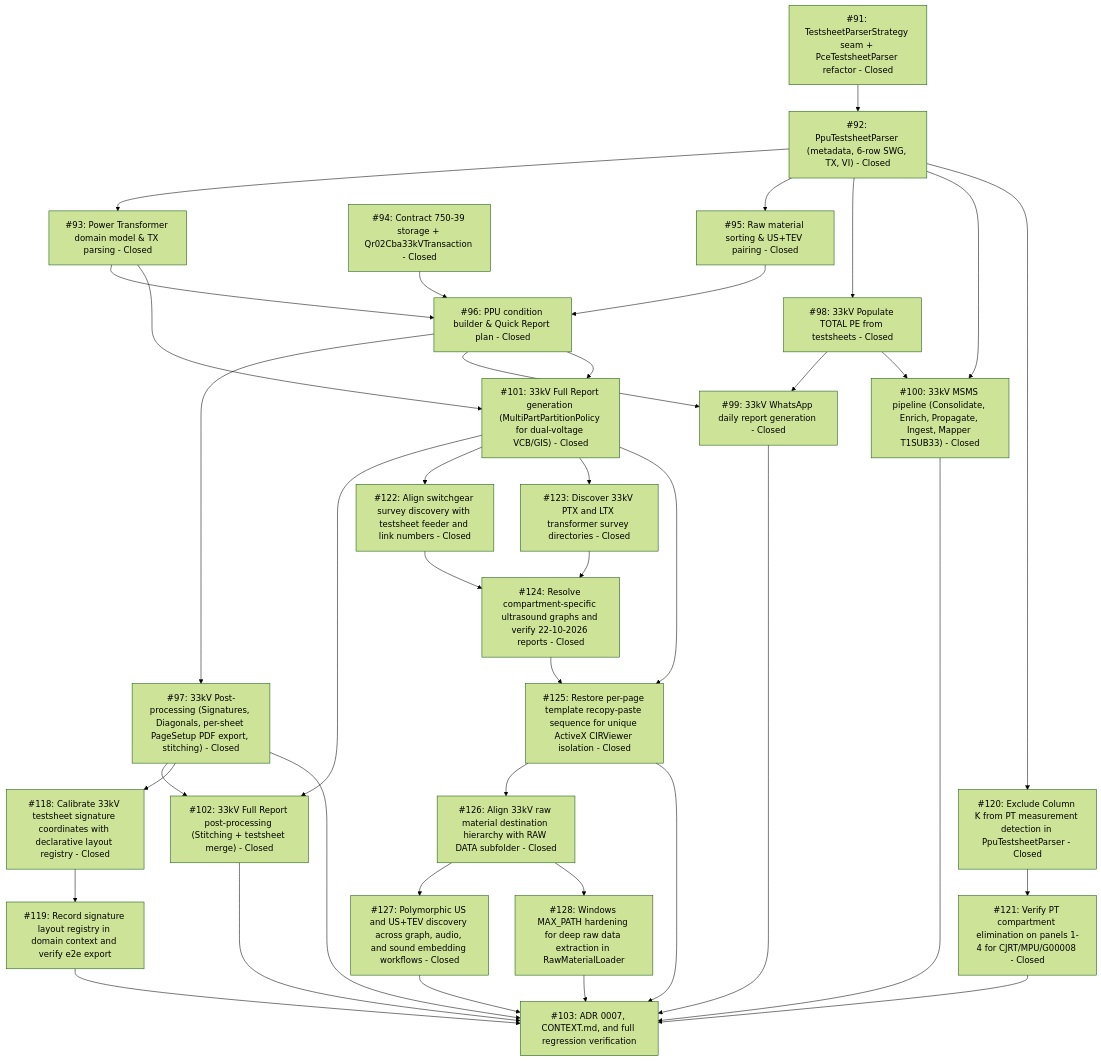
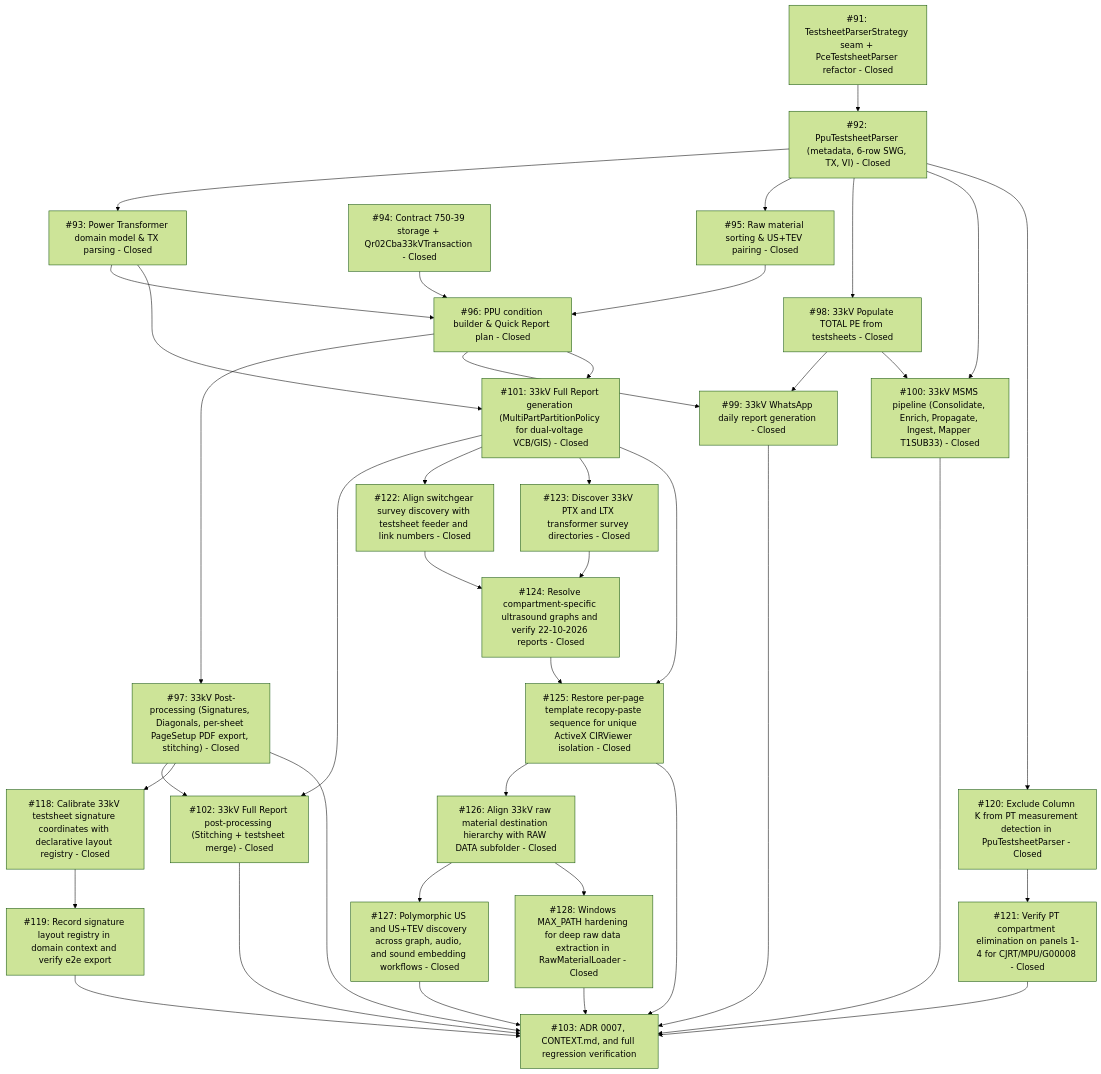
One commit to adamlarGit/pahang-cli changed the diagram in .wayfinder/33kv-system-workflow/map.md. Above: the diagram before and after it, drawn with Mermaid (forest theme). The commit also changed other lines of this file and 7 other files, not shown here.

First line of the commit message:
fix(filesystem): Windows MAX_PATH hardening for deep raw data extraction in RawMaterialLoader (#128)

````diff
--- a/.wayfinder/33kv-system-workflow/map.md
+++ b/.wayfinder/33kv-system-workflow/map.md
@@ -55,66 +55,66 @@
 ```mermaid
 graph TD
     T91["#91: TestsheetParserStrategy seam + PceTestsheetParser refactor - Closed"]
     T92["#92: PpuTestsheetParser (metadata, 6-row SWG, TX, VI) - Closed"]
     T93["#93: Power Transformer domain model & TX parsing - Closed"]
     T94["#94: Contract 750-39 storage + Qr02Cba33kVTransaction - Closed"]
     T95["#95: Raw material sorting & US+TEV pairing - Closed"]
     T96["#96: PPU condition builder & Quick Report plan - Closed"]
     T97["#97: 33kV Post-processing (Signatures, Diagonals, per-sheet PageSetup PDF export, stitching) - Closed"]
     T98["#98: 33kV Populate TOTAL PE from testsheets - Closed"]
     T99["#99: 33kV WhatsApp daily report generation - Closed"]
     T100["#100: 33kV MSMS pipeline (Consolidate, Enrich, Propagate, Ingest, Mapper T1SUB33) - Closed"]
     T101["#101: 33kV Full Report generation (MultiPartPartitionPolicy for dual-voltage VCB/GIS) - Closed"]
     T102["#102: 33kV Full Report post-processing (Stitching + testsheet merge) - Closed"]
     T118["#118: Calibrate 33kV testsheet signature coordinates with declarative layout registry - Closed"]
     T119["#119: Record signature layout registry in domain context and verify e2e export"]
     T120["#120: Exclude Column K from PT measurement detection in PpuTestsheetParser - Closed"]
     T121["#121: Verify PT compartment elimination on panels 1-4 for CJRT/MPU/G00008 - Closed"]
     T122["#122: Align switchgear survey discovery with testsheet feeder and link numbers - Closed"]
     T123["#123: Discover 33kV PTX and LTX transformer survey directories - Closed"]
     T124["#124: Resolve compartment-specific ultrasound graphs and verify 22-10-2026 reports - Closed"]
     T125["#125: Restore per-page template recopy-paste sequence for unique ActiveX CIRViewer isolation - Closed"]
     T126["#126: Align 33kV raw material destination hierarchy with RAW DATA subfolder - Closed"]
     T127["#127: Polymorphic US and US+TEV discovery across graph, audio, and sound embedding workflows - Closed"]
-    T128["#128: Windows MAX_PATH hardening for deep raw data extraction in RawMaterialLoader"]
+    T128["#128: Windows MAX_PATH hardening for deep raw data extraction in RawMaterialLoader - Closed"]
     T103["#103: ADR 0007, CONTEXT.md, and full regression verification"]
 
     T91 --> T92
     T92 --> T93
     T92 --> T95
     T92 --> T98
     T94 --> T96
     T93 --> T96
     T95 --> T96
     T96 --> T97
     T96 --> T99
     T98 --> T99
     T98 --> T100
     T92 --> T100
     T93 --> T101
     T96 --> T101
     T97 --> T102
     T101 --> T102
     T97 --> T118
     T118 --> T119
     T119 --> T103
     T92 --> T120
     T120 --> T121
     T121 --> T103
     T101 --> T122
     T101 --> T123
     T122 --> T124
     T123 --> T124
     T124 --> T125
     T125 --> T126
     T126 --> T127
     T126 --> T128
     T127 --> T103
     T128 --> T103
     T101 --> T125
     T125 --> T103
     T97 --> T103
     T99 --> T103
     T100 --> T103
     T102 --> T103
 ```
````
